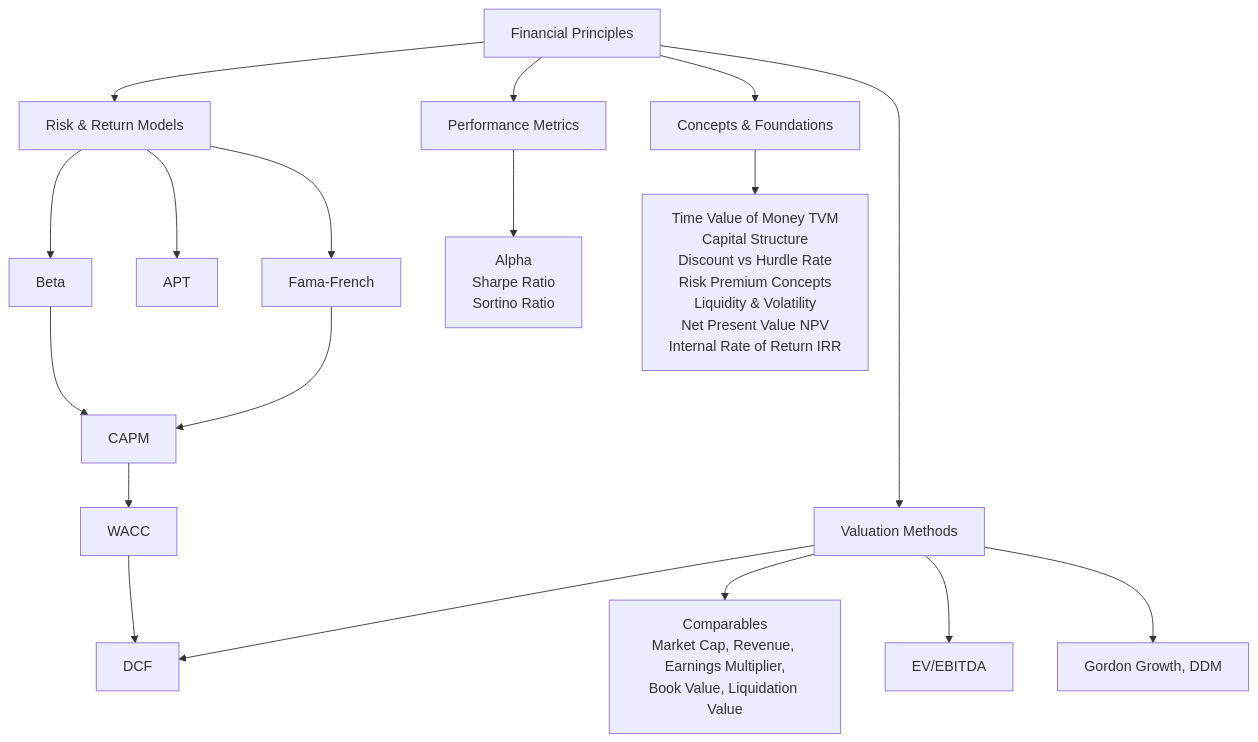
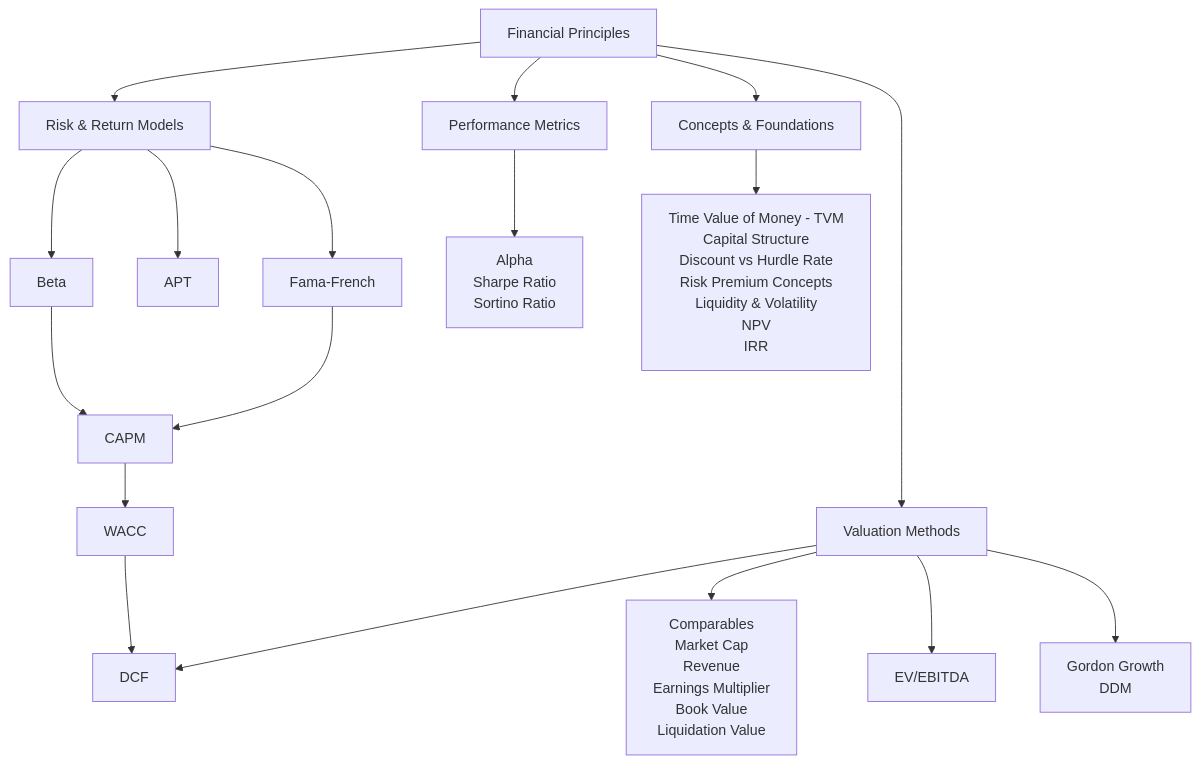
The diagram in content/Finance/_index.md (Zn83/Digital_Garden), drawn with Mermaid before and after one commit. The commit also changed 3 other files, not shown here.

````diff
--- a/content/Finance/_index.md
+++ b/content/Finance/_index.md
@@ -15,43 +15,33 @@
 ```mermaid
 graph TD
 
     A[Financial Principles]
 
-    %% Main branches
     A --> B[Risk & Return Models]
     A --> C[Valuation Methods]
     A --> D[Performance Metrics]
     A --> E[Concepts & Foundations]
 
-    %% -----------------------
     %% Risk & Return
-    %% -----------------------
     B --> B2[Beta]
     B --> B5[APT]
     B --> B6[Fama-French]
 
-    %% Structural links
     B2 --> B1[CAPM]
     B1 --> B4[WACC]
     B6 --> B1
     B4 --> C1
 
-    %% -----------------------
     %% Valuation
-    %% -----------------------
     C --> C1[DCF]
 
-    C --> C2[Comparables<br>Market Cap, Revenue, Earnings Multiplier,<br>Book Value, Liquidation Value]
+    C --> C2[Comparables<br/>Market Cap<br/>Revenue<br/>Earnings Multiplier<br/>Book Value<br/>Liquidation Value]
     C --> C3[EV/EBITDA]
-    C --> C4[Gordon Growth, DDM]
+    C --> C4[Gordon Growth<br/>DDM]
 
-    %% -----------------------
-    %% Performance Metrics
-    %% -----------------------
-	D --> D1a[Alpha<br>Sharpe Ratio<br>Sortino Ratio]
+    %% Performance
+    D --> D1a[Alpha<br/>Sharpe Ratio<br/>Sortino Ratio]
 
-    %% -----------------------
-    %% Concepts & Foundations
-    %% -----------------------
-    E --> E1[Time Value of Money TVM<br>Capital Structure<br>Discount vs Hurdle Rate<br>Risk Premium Concepts<br>Liquidity & Volatility<br>Net Present Value NPV<br>Internal Rate of Return IRR]
+    %% Foundations
+    E --> E1[Time Value of Money - TVM<br/>Capital Structure<br/>Discount vs Hurdle Rate<br/>Risk Premium Concepts<br/>Liquidity & Volatility<br/>NPV<br/>IRR]
 ```
````
